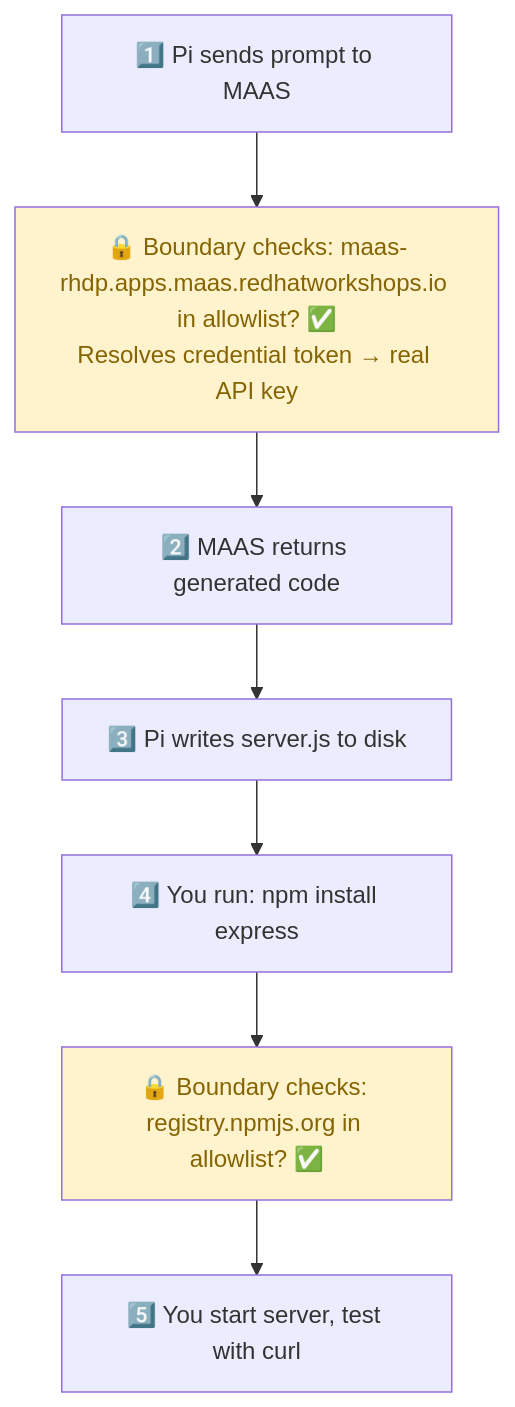
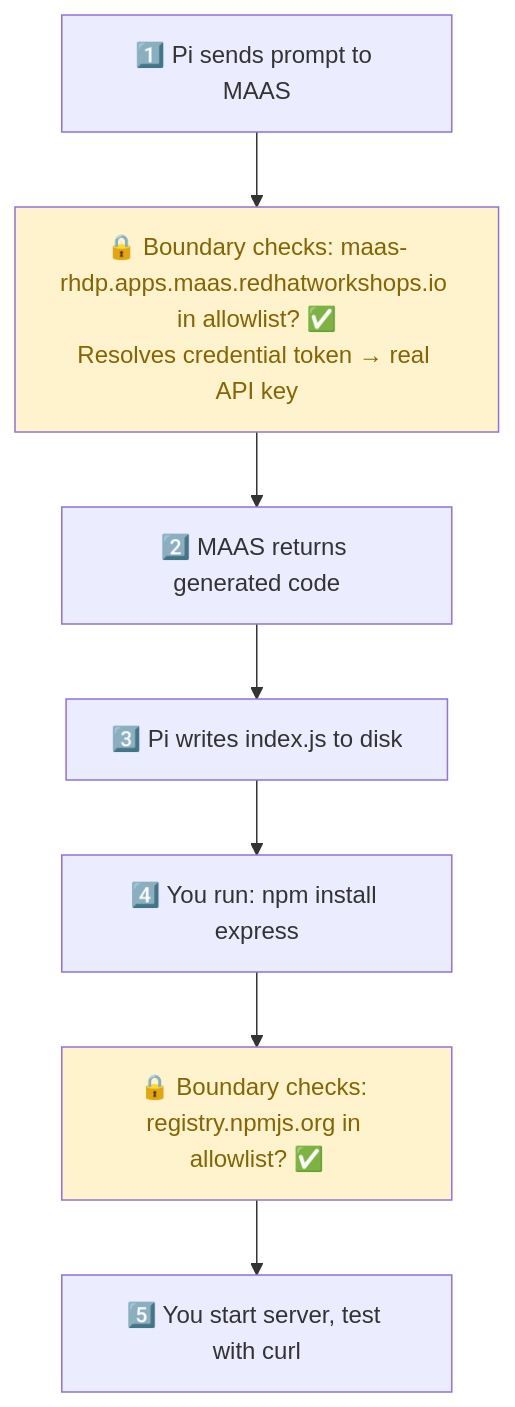
One commit to avijra/openshell-ztm-lab changed the diagram in docs/5-ai-agent-coding/README.md. Above: the diagram before and after it, drawn with Mermaid. The commit also changed other lines of this file and 1 other file, not shown here.

````diff
--- a/docs/5-ai-agent-coding/README.md
+++ b/docs/5-ai-agent-coding/README.md
@@ -164,15 +166,15 @@
 ```mermaid
 graph TD
     S1["1️⃣ Pi sends prompt to MAAS"]
     S2["🔒 Boundary checks: maas-rhdp.apps.maas.redhatworkshops.io in allowlist? ✅<br/>Resolves credential token → real API key"]
     S3["2️⃣ MAAS returns generated code"]
-    S4["3️⃣ Pi writes server.js to disk"]
+    S4["3️⃣ Pi writes index.js to disk"]
     S5["4️⃣ You run: npm install express"]
     S6["🔒 Boundary checks: registry.npmjs.org in allowlist? ✅"]
     S7["5️⃣ You start server, test with curl"]
 
     S1 --> S2 --> S3 --> S4 --> S5 --> S6 --> S7
 
     style S2 fill:#fff3cd,color:#856404
     style S6 fill:#fff3cd,color:#856404
 ```
````
